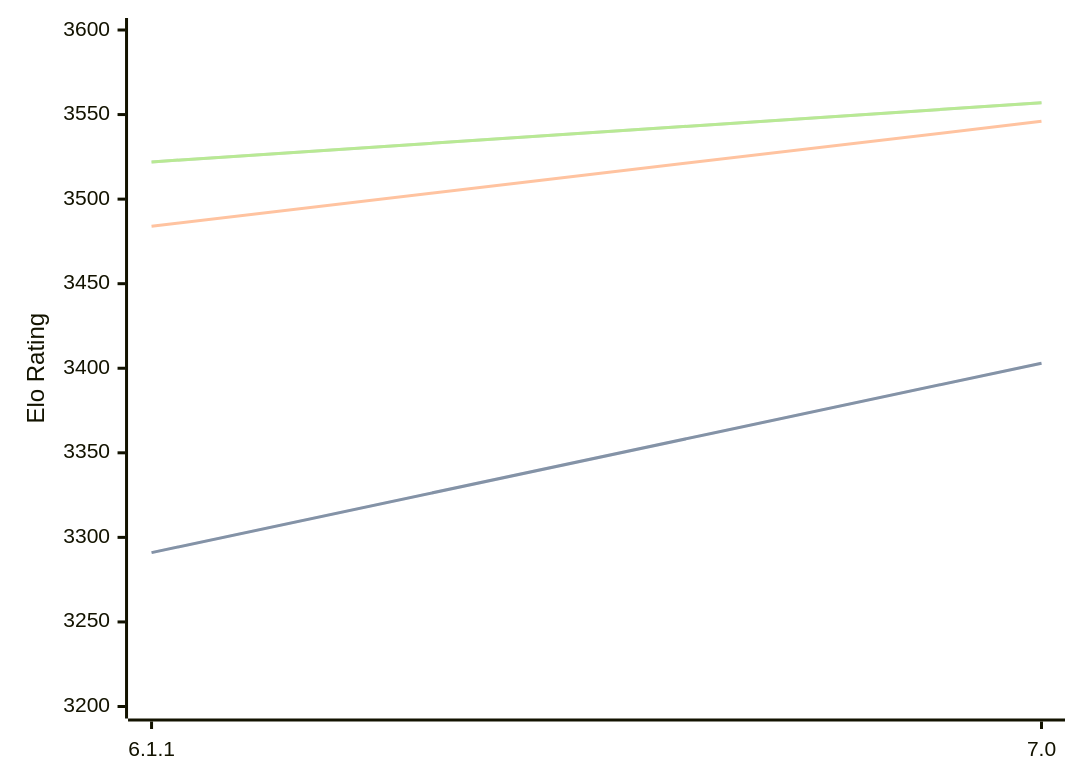
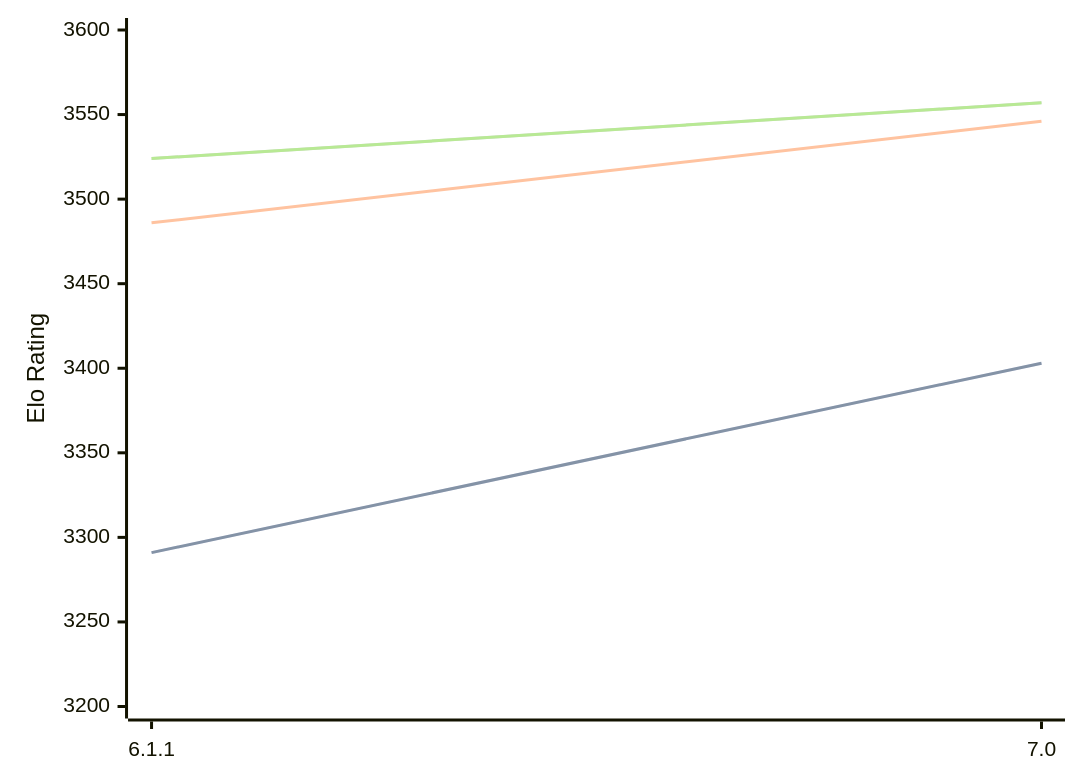
The diagram in engines/Astra.md (computer-chess-index/cci), drawn with Mermaid before and after one commit. The commit also changed other lines of this file, not shown here.

Commit message:
Update CCI Ratings (ELO VLTC) - 2026-09-27

````diff
--- a/engines/Astra.md
+++ b/engines/Astra.md
@@ -32,11 +32,11 @@
 ```mermaid
 %%{init: {"theme":"base","themeVariables":{"seriesColors:['#a3a3a3','#222221','#faa371']}}}%%
 xychart-beta
   x-axis ["6.1.1", "7.0"]
   y-axis "Elo Rating" 3200 --> 3600
   line "" [3291, 3403]
   line "STC (8.0+0.08s)" [3291, 3403]
-  line "LTC (60.0+0.60s)" [3484, 3546]
-  line "" [3522, 3557]
-  line "VLTC (2m24s+1.12s)" [3522, 3557]
+  line "LTC (60.0+0.60s)" [3486, 3546]
+  line "" [3524, 3557]
+  line "VLTC (2m24s+1.12s)" [3524, 3557]
 ```
````
